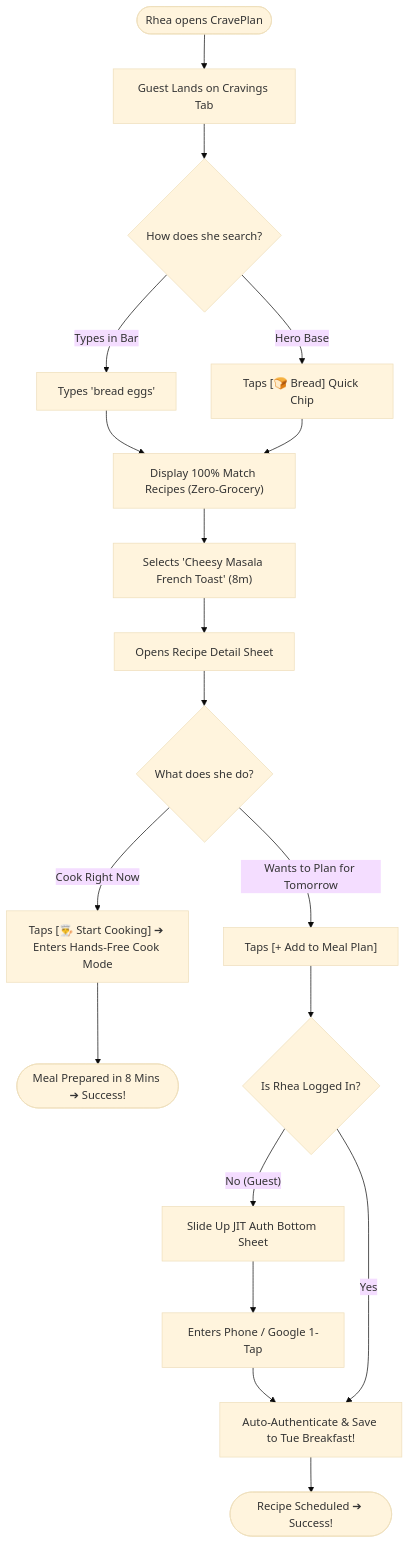
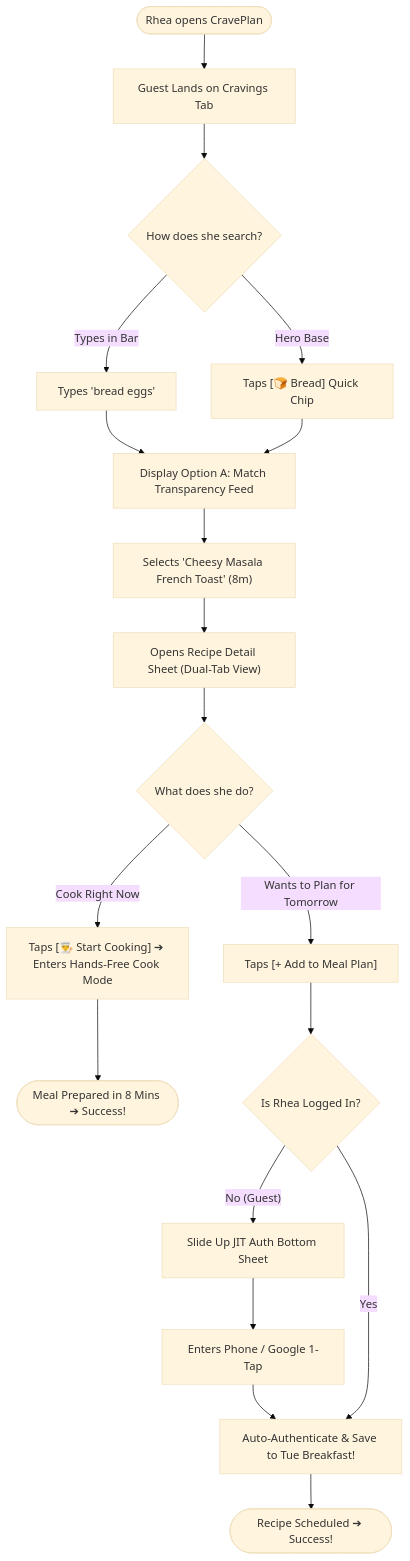
One commit to NIFT-Information-Architecture-2026/Aarchi_BD-24-1972 changed the first of 3 diagrams in PHASE_4_FLOWS_AND_WIREFRAMES.md. Above: the diagram before and after it, drawn with Mermaid (base theme). The commit also changed other lines of this file, not shown here.

Commit message:
docs(ux): complete Phase 4 master user flows and 9-screen low-fidelity wireframe blueprints

````diff
--- a/PHASE_4_FLOWS_AND_WIREFRAMES.md
+++ b/PHASE_4_FLOWS_AND_WIREFRAMES.md
@@ -39,29 +39,29 @@
 ```mermaid
 flowchart TD
     Start(["Rhea opens CravePlan"]) --> Browse["Guest Lands on Cravings Tab"]
     Browse --> SearchChoice{"How does she search?"}
     
     SearchChoice -->|"Types in Bar"| TypeInput["Types 'bread eggs'"]
     SearchChoice -->|"Hero Base"| TapChip["Taps [🍞 Bread] Quick Chip"]
     
-    TypeInput --> Results["Display 100% Match Recipes (Zero-Grocery)"]
+    TypeInput --> Results["Display Option A: Match Transparency Feed"]
     TapChip --> Results
     
     Results --> PickDish["Selects 'Cheesy Masala French Toast' (8m)"]
-    PickDish --> ViewDetail["Opens Recipe Detail Sheet"]
+    PickDish --> ViewDetail["Opens Recipe Detail Sheet (Dual-Tab View)"]
     
     ViewDetail --> Decision{"What does she do?"}
     
     Decision -->|"Cook Right Now"| CookMode["Taps [👨‍🍳 Start Cooking] ➔ Enters Hands-Free Cook Mode"]
     CookMode --> DoneCook(["Meal Prepared in 8 Mins ➔ Success!"])
     
     Decision -->|"Wants to Plan for Tomorrow"| TapPlan["Taps [+ Add to Meal Plan]"]
     TapPlan --> CheckAuth{"Is Rhea Logged In?"}
     
     CheckAuth -->|"No (Guest)"| JITSheet["Slide Up JIT Auth Bottom Sheet"]
     JITSheet --> EnterPhone["Enters Phone / Google 1-Tap"]
     EnterPhone --> AutoResume["Auto-Authenticate & Save to Tue Breakfast!"]
     AutoResume --> PlanSuccess(["Recipe Scheduled ➔ Success!"])
     
     CheckAuth -->|"Yes"| AutoResume
 ```
````
